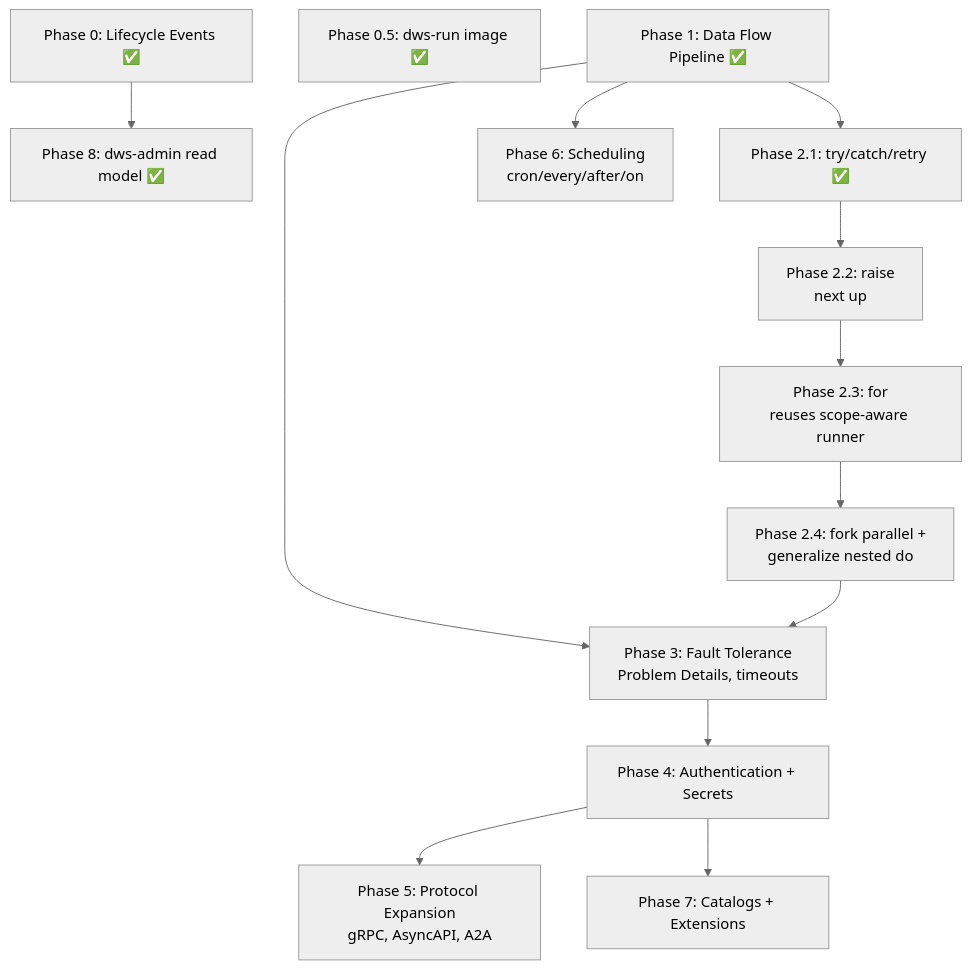
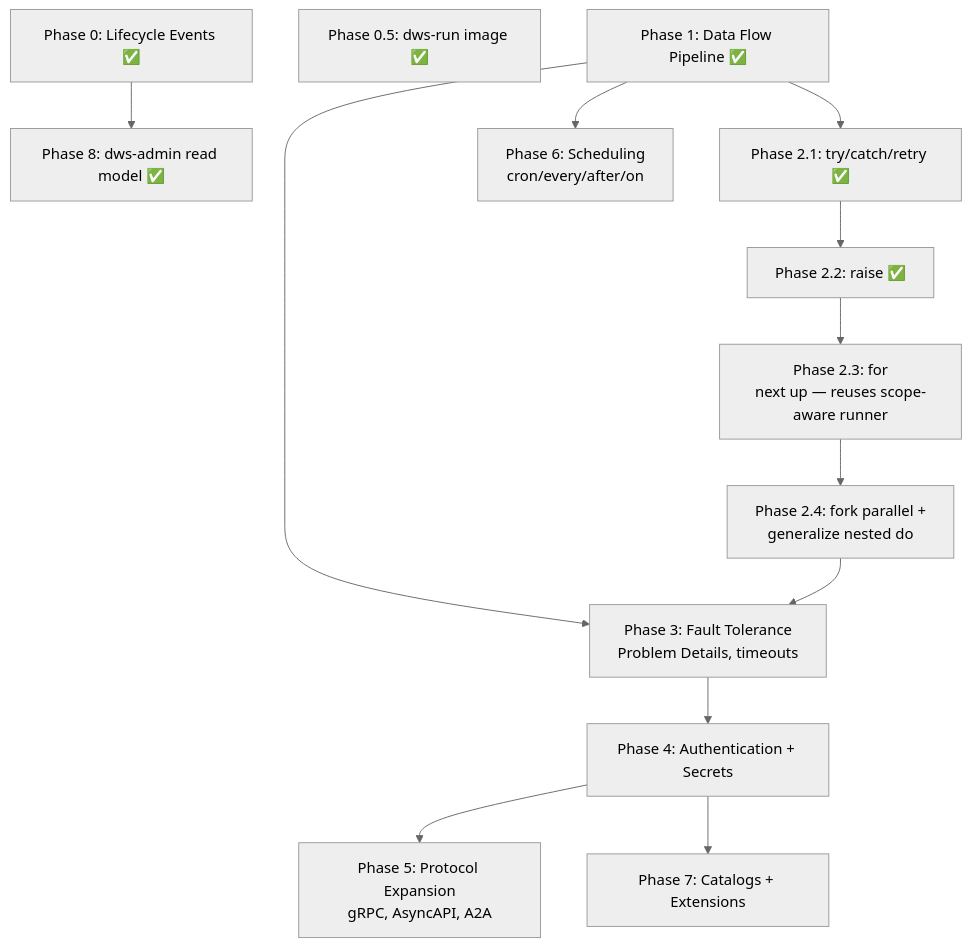
Before and after one commit to tonylibs/dapr-workflow-spec: the diagram in docs/roadmaps/openworkflow-features.md, drawn with Mermaid (neutral theme). The commit also changed other lines of this file and 2 other files, not shown here.

First line of the commit message:
test(orchestrator): assert raise tasks are labelled in lifecycle events

````diff
--- a/docs/roadmaps/openworkflow-features.md
+++ b/docs/roadmaps/openworkflow-features.md
@@ -47,15 +47,15 @@
 ```mermaid
 flowchart TD
   P0[Phase 0: Lifecycle Events ✅] --> P8[Phase 8: dws-admin read model ✅]
   P05[Phase 0.5: dws-run image ✅]
   P1[Phase 1: Data Flow Pipeline ✅] --> P2a[Phase 2.1: try/catch/retry ✅]
-  P2a --> P2b[Phase 2.2: raise<br/>next up]
-  P2b --> P2c[Phase 2.3: for<br/>reuses scope-aware runner]
+  P2a --> P2b[Phase 2.2: raise ✅]
+  P2b --> P2c[Phase 2.3: for<br/>next up — reuses scope-aware runner]
   P2c --> P2d[Phase 2.4: fork parallel +<br/>generalize nested do]
   P1 --> P3[Phase 3: Fault Tolerance<br/>Problem Details, timeouts]
   P2d --> P3
   P3 --> P4[Phase 4: Authentication + Secrets]
   P4 --> P5[Phase 5: Protocol Expansion<br/>gRPC, AsyncAPI, A2A]
   P1 --> P6[Phase 6: Scheduling<br/>cron/every/after/on]
   P4 --> P7[Phase 7: Catalogs + Extensions]
 ```
````
